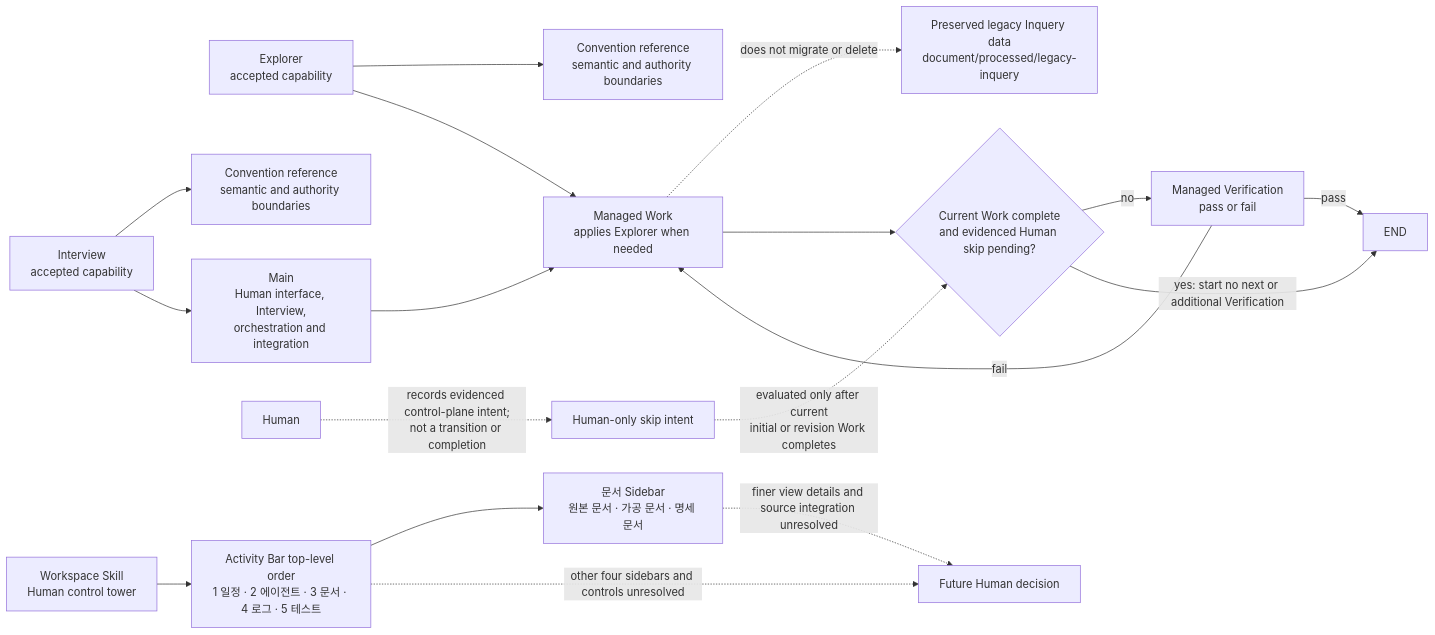
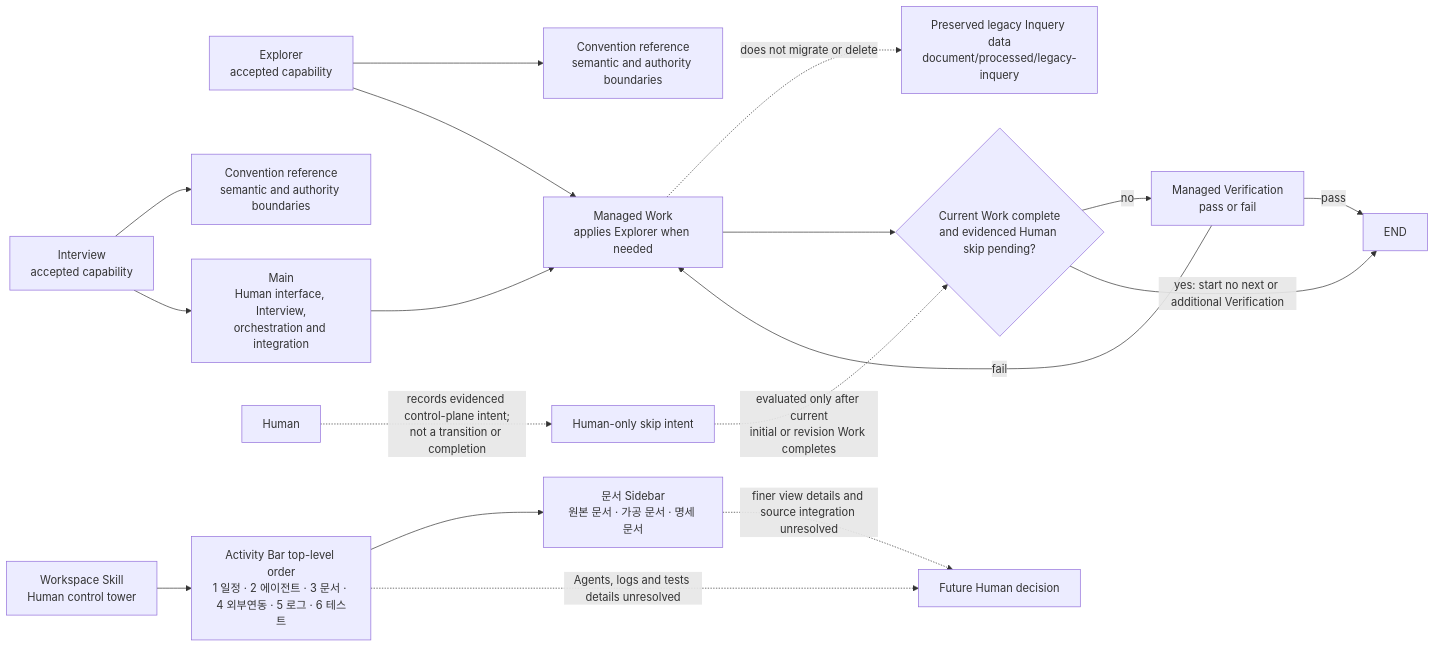
The fifth of 9 diagrams in skills/convention/references/diagrams.md (KoreanLeeChangHyun/agent-factory-codex-plugin), drawn with Mermaid before and after one commit. The commit also changed other lines of this file and 90 other files, not shown here.

````diff
--- a/skills/convention/references/diagrams.md
+++ b/skills/convention/references/diagrams.md
@@ -124,31 +121,31 @@
 ```mermaid
 flowchart LR
     accTitle: Current Agent Factory execution relationships
     accDescr: Main delegates Work, Verification returns pass or fail, and evidenced Human skip intent is applied only after current Work completes without starting another Verification.
     Explorer[Explorer<br/>accepted capability]
     ExplorerConvention[Convention reference<br/>semantic and authority boundaries]
     Legacy[Preserved legacy Inquery data<br/>document/processed/legacy-inquery]
     Work[Managed Work<br/>applies Explorer when needed]
     Explorer --> ExplorerConvention
     Explorer --> Work
     Work -. does not migrate or delete .-> Legacy
     Interview[Interview<br/>accepted capability]
     InterviewConvention[Convention reference<br/>semantic and authority boundaries]
     Main[Main<br/>Human interface, Interview,<br/>orchestration and integration]
     Verification[Managed Verification<br/>pass or fail]
     Interview --> InterviewConvention
     Interview --> Main
     Main --> Work
     Work --> SkipDecision{Current Work complete<br/>and evidenced Human skip pending?}
     Human[Human] -. records evidenced control-plane intent;<br/>not a transition or completion .-> SkipIntent[Human-only skip intent]
     SkipIntent -. evaluated only after current<br/>initial or revision Work completes .-> SkipDecision
     SkipDecision -->|no| Verification
     SkipDecision -->|yes: start no next or additional Verification| End
     Verification -->|fail| Work
     Verification -->|pass| End[END]
     Workspace[Workspace Skill<br/>Human control tower]
-    Workspace --> Activities[Activity Bar top-level order<br/>1 일정 · 2 에이전트 · 3 문서 · 4 로그 · 5 테스트]
+    Workspace --> Activities[Activity Bar top-level order<br/>1 일정 · 2 에이전트 · 3 문서 · 4 외부연동 · 5 로그 · 6 테스트]
     Activities --> DocumentSidebar[문서 Sidebar<br/>원본 문서 · 가공 문서 · 명세 문서]
     DocumentSidebar -. finer view details and source integration unresolved .-> HumanDecision[Future Human decision]
-    Activities -. other four sidebars and controls unresolved .-> HumanDecision
+    Activities -. Agents, logs and tests details unresolved .-> HumanDecision
 ```
````
